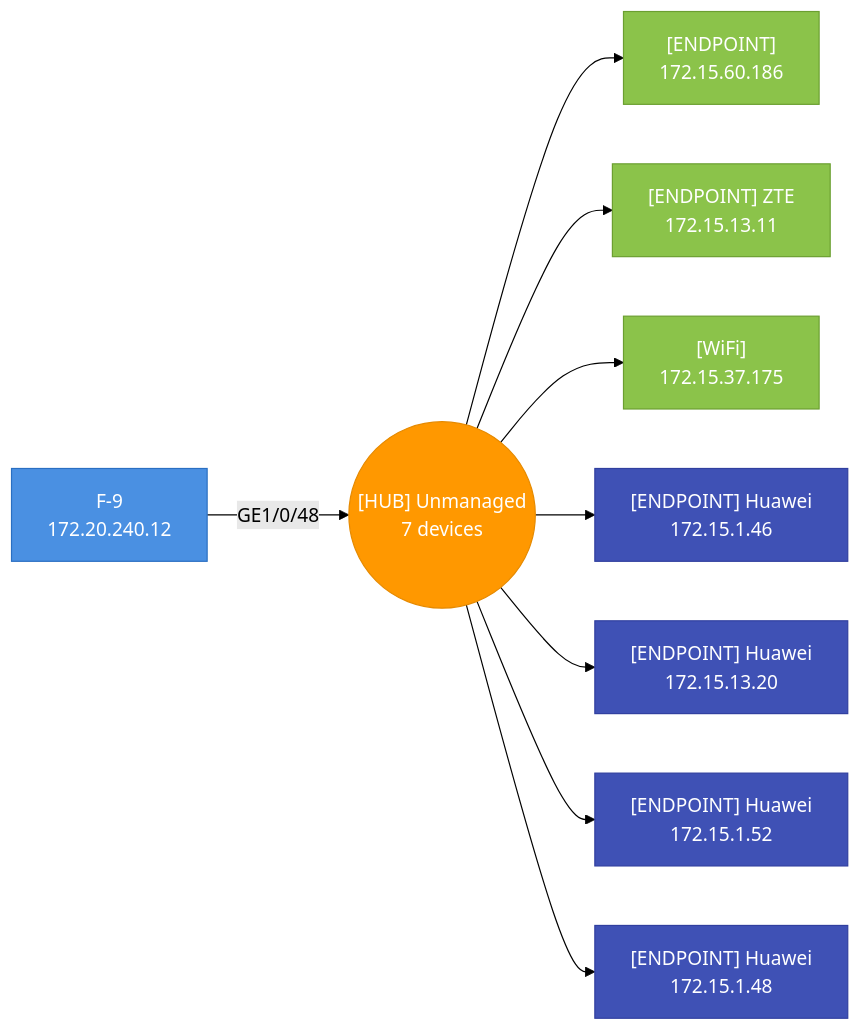
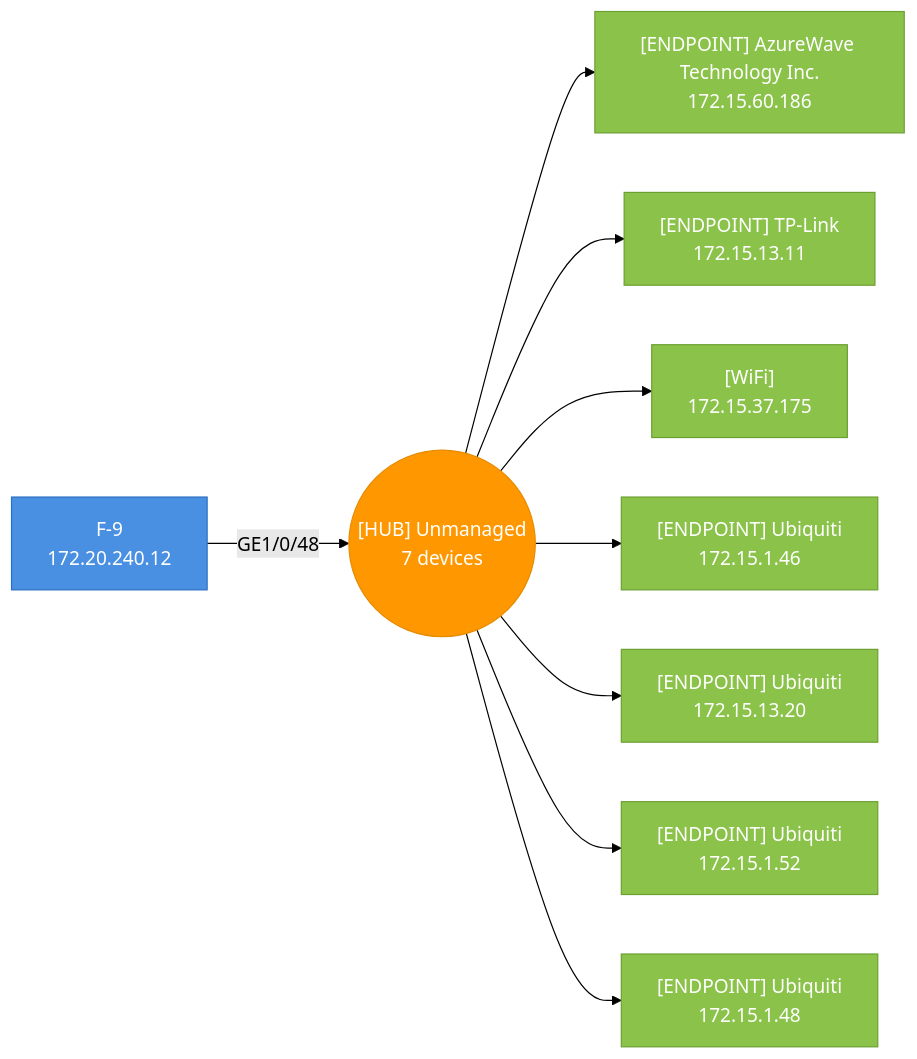
Before and after one commit to djamic/LLDP-Skanner-Go: the second of 47 diagrams in testdata/golden/audit_default.md, drawn with Mermaid (forest theme). The commit also changed other lines of this file and 16 other files, not shown here.

````diff
--- a/testdata/golden/audit_default.md
+++ b/testdata/golden/audit_default.md
@@ -1517,29 +1507,29 @@
 ```mermaid
 graph LR
   hub_4caea327768a_p48(("[HUB] Unmanaged<br>7 devices"))
   4caea327768a["F-9<br>172.20.240.12"]
   4caea327768a-- "GE1/0/48" -->hub_4caea327768a_p48
   style 4caea327768a fill:#4A90E2,stroke:#2A6FC2,color:#fff
-  1068380a0779["[ENDPOINT]<br>172.15.60.186"]
+  1068380a0779["[ENDPOINT] AzureWave Technology Inc.<br>172.15.60.186"]
   hub_4caea327768a_p48-->1068380a0779
   style 1068380a0779 fill:#8BC34A,stroke:#6B9F30,color:#fff
-  54af9782f4c4["[ENDPOINT] ZTE<br>172.15.13.11"]
+  54af9782f4c4["[ENDPOINT] TP-Link<br>172.15.13.11"]
   hub_4caea327768a_p48-->54af9782f4c4
   style 54af9782f4c4 fill:#8BC34A,stroke:#6B9F30,color:#fff
   563a98b65c1a["[WiFi]<br>172.15.37.175"]
   hub_4caea327768a_p48-->563a98b65c1a
   style 563a98b65c1a fill:#8BC34A,stroke:#6B9F30,color:#fff
-  7845587c874f["[ENDPOINT] Huawei<br>172.15.1.46"]
+  7845587c874f["[ENDPOINT] Ubiquiti<br>172.15.1.46"]
   hub_4caea327768a_p48-->7845587c874f
-  style 7845587c874f fill:#3F51B5,stroke:#303F9F,color:#fff
-  7845587c87a0["[ENDPOINT] Huawei<br>172.15.13.20"]
+  style 7845587c874f fill:#8BC34A,stroke:#6B9F30,color:#fff
+  7845587c87a0["[ENDPOINT] Ubiquiti<br>172.15.13.20"]
   hub_4caea327768a_p48-->7845587c87a0
-  style 7845587c87a0 fill:#3F51B5,stroke:#303F9F,color:#fff
-  7845587c88e4["[ENDPOINT] Huawei<br>172.15.1.52"]
+  style 7845587c87a0 fill:#8BC34A,stroke:#6B9F30,color:#fff
+  7845587c88e4["[ENDPOINT] Ubiquiti<br>172.15.1.52"]
   hub_4caea327768a_p48-->7845587c88e4
-  style 7845587c88e4 fill:#3F51B5,stroke:#303F9F,color:#fff
-  7845587c8947["[ENDPOINT] Huawei<br>172.15.1.48"]
+  style 7845587c88e4 fill:#8BC34A,stroke:#6B9F30,color:#fff
+  7845587c8947["[ENDPOINT] Ubiquiti<br>172.15.1.48"]
   hub_4caea327768a_p48-->7845587c8947
-  style 7845587c8947 fill:#3F51B5,stroke:#303F9F,color:#fff
+  style 7845587c8947 fill:#8BC34A,stroke:#6B9F30,color:#fff
   style hub_4caea327768a_p48 fill:#FF9800,stroke:#E68A00,color:#fff
 ```
````
